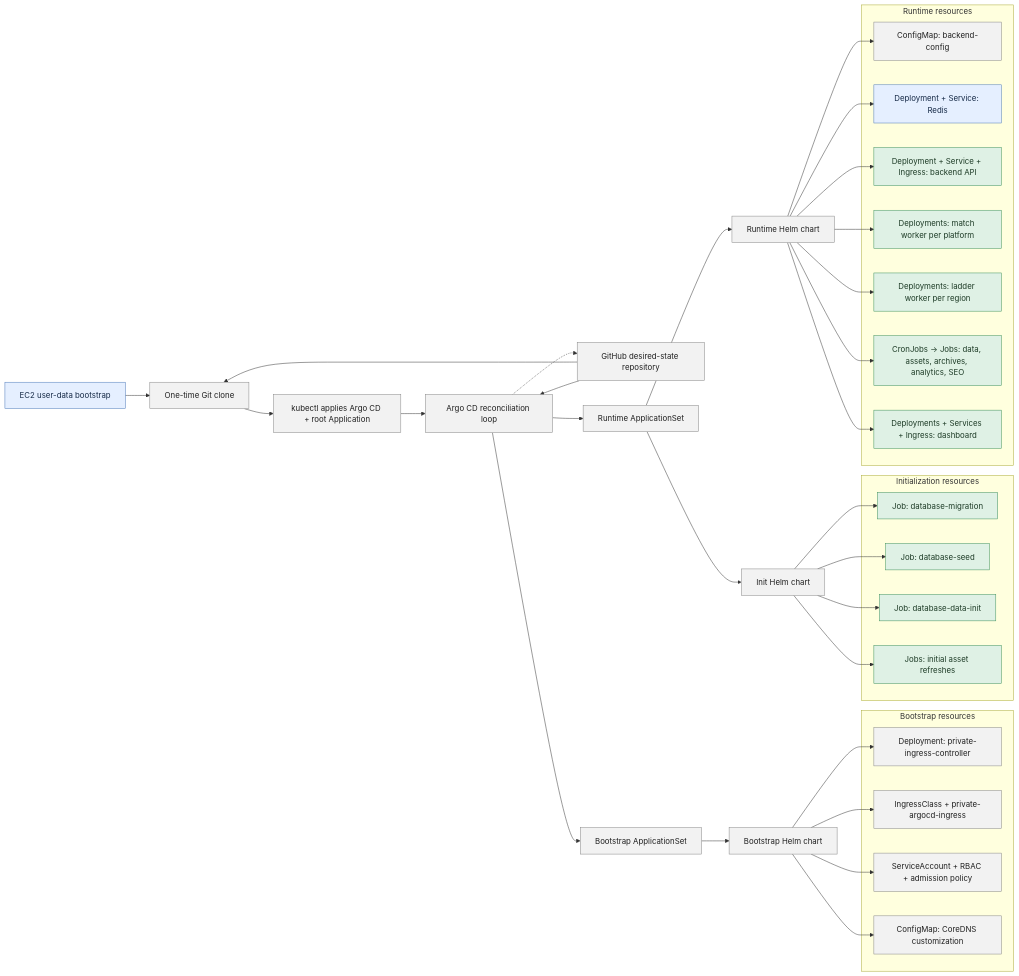
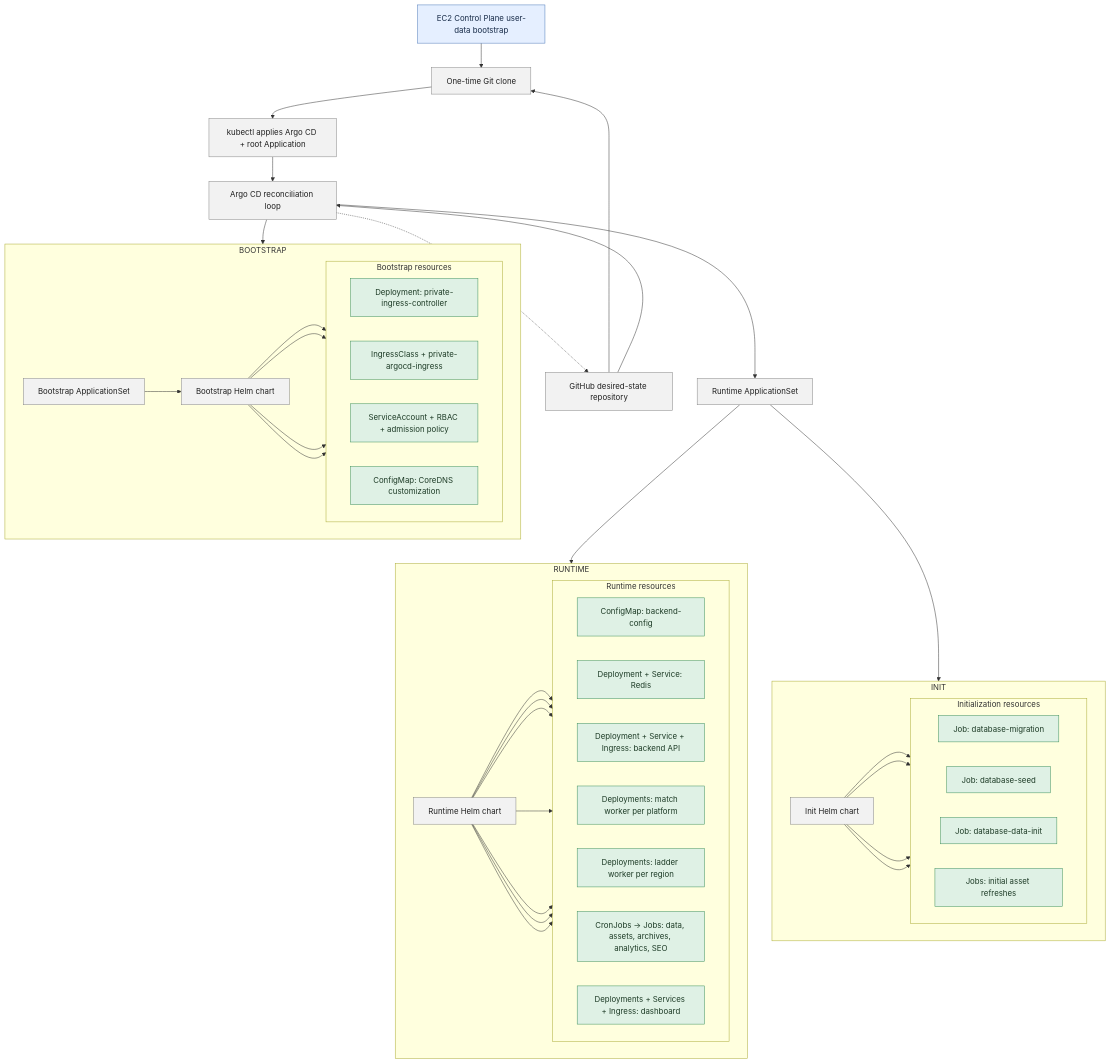
Before and after one commit to winrates-gg/wrgg-public-documentation: the second of 3 diagrams in docs/kubernetes-runtime.md, drawn with Mermaid. The commit also changed other lines of this file and 2 other files, not shown here.

Commit message:
More cluster resource diagram rendering testing in Github mermaid renderer

````diff
--- a/docs/kubernetes-runtime.md
+++ b/docs/kubernetes-runtime.md
@@ -131,67 +131,78 @@
 ```mermaid
-flowchart LR
-    BootstrapGateway[EC2 user-data bootstrap]
+flowchart TB
+    BootstrapGateway[EC2 Control Plane user-data bootstrap]
     Clone[One-time Git clone]
     Desired[GitHub desired-state repository]
     RootApply[kubectl applies Argo CD + root Application]
     Argo[Argo CD reconciliation loop]
-    BootstrapSet[Bootstrap ApplicationSet]
-    RuntimeSet[Runtime ApplicationSet]
-    BootstrapChart[Bootstrap Helm chart]
-    InitChart[Init Helm chart]
-    RuntimeChart[Runtime Helm chart]
-
-    subgraph BootstrapResources[Bootstrap resources]
-        IngressController["Deployment: private-ingress-controller"]
-        IngressResources["IngressClass + private-argocd-ingress"]
-        AccessResources["ServiceAccount + RBAC + admission policy"]
-        DNSResource["ConfigMap: CoreDNS customization"]
-    end
-
-    subgraph InitResources[Initialization resources]
-        Migration["Job: database-migration"]
-        Seed["Job: database-seed"]
-        DataInit["Job: database-data-init"]
-        AssetInit["Jobs: initial asset refreshes"]
-    end
-
-    subgraph RuntimeResources[Runtime resources]
-        Config["ConfigMap: backend-config"]
-        RedisResource["Deployment + Service: Redis"]
-        APIResource["Deployment + Service + Ingress: backend API"]
-        MatchWorkers["Deployments: match worker per platform"]
-        LadderWorkers["Deployments: ladder worker per region"]
-        Recurring["CronJobs -> Jobs: data, assets, archives, analytics, SEO"]
-        DashboardResources["Deployments + Services + Ingress: dashboard"]
-    end
 
     BootstrapGateway --> Clone --> RootApply --> Argo
     Desired --> Clone
     Desired --> Argo
     Argo -.-> Desired
+
+    subgraph BootstrapLayer[BOOTSTRAP]
+        direction LR
+        BootstrapSet[Bootstrap ApplicationSet]
+        BootstrapChart[Bootstrap Helm chart]
+        subgraph BootstrapResources[Bootstrap resources]
+            direction LR
+            IngressController["Deployment: private-ingress-controller"]
+            IngressResources["IngressClass + private-argocd-ingress"]
+            AccessResources["ServiceAccount + RBAC + admission policy"]
+            DNSResource["ConfigMap: CoreDNS customization"]
+        end
+        BootstrapSet --> BootstrapChart
+        BootstrapChart --> IngressController
+        BootstrapChart --> IngressResources
+        BootstrapChart --> AccessResources
+        BootstrapChart --> DNSResource
+    end
+
+    RuntimeSet[Runtime ApplicationSet]
+
+    subgraph InitLayer[INIT]
+        direction LR
+        InitChart[Init Helm chart]
+        subgraph InitResources[Initialization resources]
+            direction LR
+            Migration["Job: database-migration"]
+            Seed["Job: database-seed"]
+            DataInit["Job: database-data-init"]
+            AssetInit["Jobs: initial asset refreshes"]
+        end
+        InitChart --> Migration
+        InitChart --> Seed
+        InitChart --> DataInit
+        InitChart --> AssetInit
+    end
+
+    subgraph RuntimeLayer[RUNTIME]
+        direction LR
+        RuntimeChart[Runtime Helm chart]
+        subgraph RuntimeResources[Runtime resources]
+            direction LR
+            Config["ConfigMap: backend-config"]
+            RedisResource["Deployment + Service: Redis"]
+            APIResource["Deployment + Service + Ingress: backend API"]
+            MatchWorkers["Deployments: match worker per platform"]
+            LadderWorkers["Deployments: ladder worker per region"]
+            Recurring["CronJobs -> Jobs: data, assets, archives, analytics, SEO"]
+            DashboardResources["Deployments + Services + Ingress: dashboard"]
+        end
+        RuntimeChart --> Config
+        RuntimeChart --> RedisResource
+        RuntimeChart --> APIResource
+        RuntimeChart --> MatchWorkers
+        RuntimeChart --> LadderWorkers
+        RuntimeChart --> Recurring
+        RuntimeChart --> DashboardResources
+    end
+
     Argo --> BootstrapSet
     Argo --> RuntimeSet
-    BootstrapSet --> BootstrapChart
     RuntimeSet --> InitChart
     RuntimeSet --> RuntimeChart
-
-    BootstrapChart --> IngressController
-    BootstrapChart --> IngressResources
-    BootstrapChart --> AccessResources
-    BootstrapChart --> DNSResource
-
-    InitChart --> Migration
-    InitChart --> Seed
-    InitChart --> DataInit
-    InitChart --> AssetInit
-
-    RuntimeChart --> Config
-    RuntimeChart --> RedisResource
-    RuntimeChart --> APIResource
-    RuntimeChart --> MatchWorkers
-    RuntimeChart --> LadderWorkers
-    RuntimeChart --> Recurring
-    RuntimeChart --> DashboardResources
 
     classDef neutral fill:#f2f2f2,stroke:#858585,color:#202020
     classDef app fill:#dff1e5,stroke:#3b8f5a,color:#1d3b26
@@ -199,7 +210,5 @@
 
     class Clone,Desired,RootApply,Argo,BootstrapSet,RuntimeSet,BootstrapChart,InitChart,RuntimeChart neutral
     class BootstrapGateway aws
-    class IngressController,IngressResources,AccessResources,DNSResource,Config neutral
-    class Migration,Seed,DataInit,AssetInit,APIResource,MatchWorkers,LadderWorkers,Recurring,DashboardResources app
-    class RedisResource aws
+    class IngressController,IngressResources,AccessResources,DNSResource,Config,Migration,Seed,DataInit,AssetInit,APIResource,MatchWorkers,LadderWorkers,Recurring,DashboardResources,RedisResource app
 ```
````
